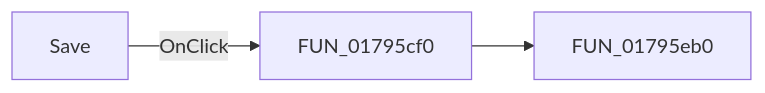
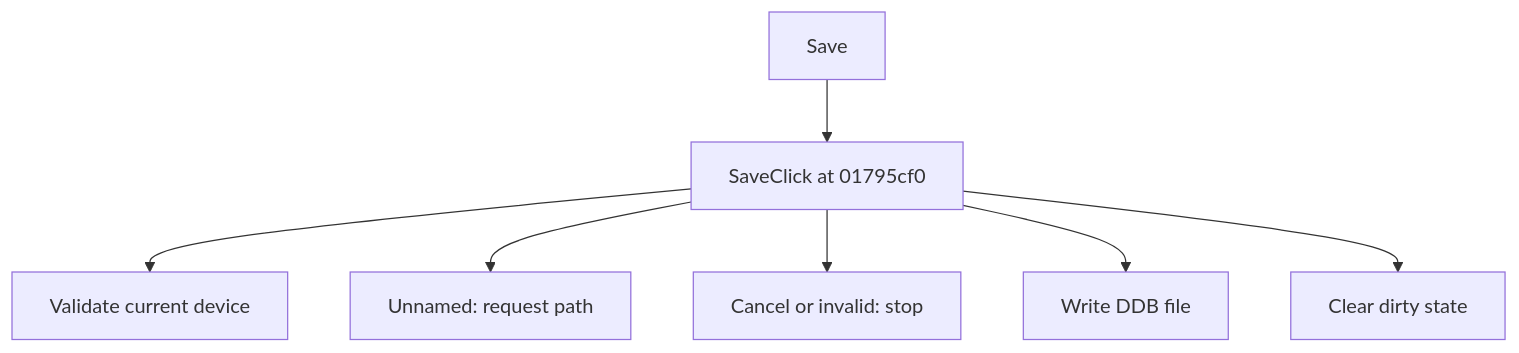
Before and after one commit to MovGP0/TIARA: the diagram in docs/ui-controls/shapeedit/sbsave-2d5e8a5483.md, drawn with Mermaid. The commit also changed other lines of this file and 1062 other files, not shown here.

````diff
--- a/docs/ui-controls/shapeedit/sbsave-2d5e8a5483.md
+++ b/docs/ui-controls/shapeedit/sbsave-2d5e8a5483.md
@@ -27,5 +27,9 @@
 ```mermaid
-flowchart LR
-    control["Save"] -->|OnClick| handler["FUN_01795cf0"]
-    handler --> call1["FUN_01795eb0"]
+flowchart TD
+    control["Save"] --> handler["SaveClick at 01795cf0"]
+    handler --> step1["Validate current device"]
+    handler --> step2["Unnamed: request path"]
+    handler --> step3["Cancel or invalid: stop"]
+    handler --> step4["Write DDB file"]
+    handler --> step5["Clear dirty state"]
 ```
````
